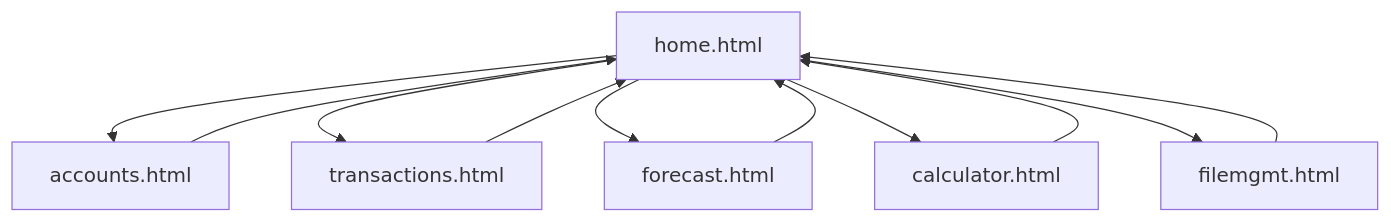
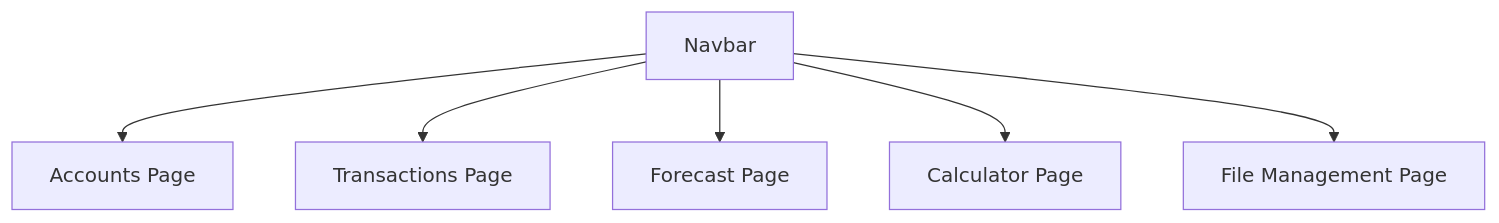
The first of 4 diagrams in Documentation/PROJECT_OVERVIEW.md (BicycleJeanre/ftrack), drawn with Mermaid before and after one commit. The commit also changed other lines of this file and 19 other files, not shown here.

````diff
--- a/Documentation/PROJECT_OVERVIEW.md
+++ b/Documentation/PROJECT_OVERVIEW.md
@@ -14,13 +28,8 @@
 ```mermaid
 flowchart TD
-  Home[home.html] --> Accounts[accounts.html]
-  Home --> Transactions[transactions.html]
-  Home --> Forecast[forecast.html]
-  Home --> Calculator[calculator.html]
-  Home --> FileMgmt[filemgmt.html]
-  Accounts --> Home
-  Transactions --> Home
-  Forecast --> Home
-  Calculator --> Home
-  FileMgmt --> Home
+  Navbar[Navbar] --> Accounts[Accounts Page]
+  Navbar --> Transactions[Transactions Page]
+  Navbar --> Forecast[Forecast Page]
+  Navbar --> Calculator[Calculator Page]
+  Navbar --> FileMgmt[File Management Page]
 ```
````
